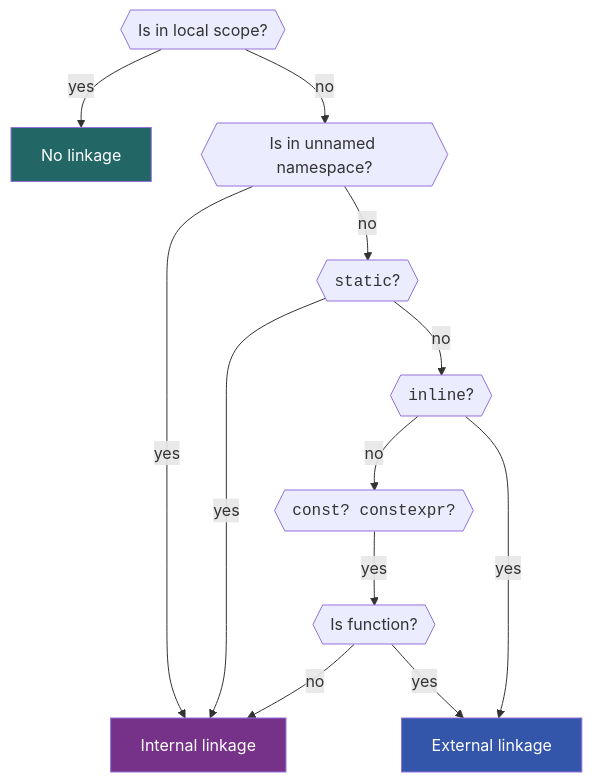
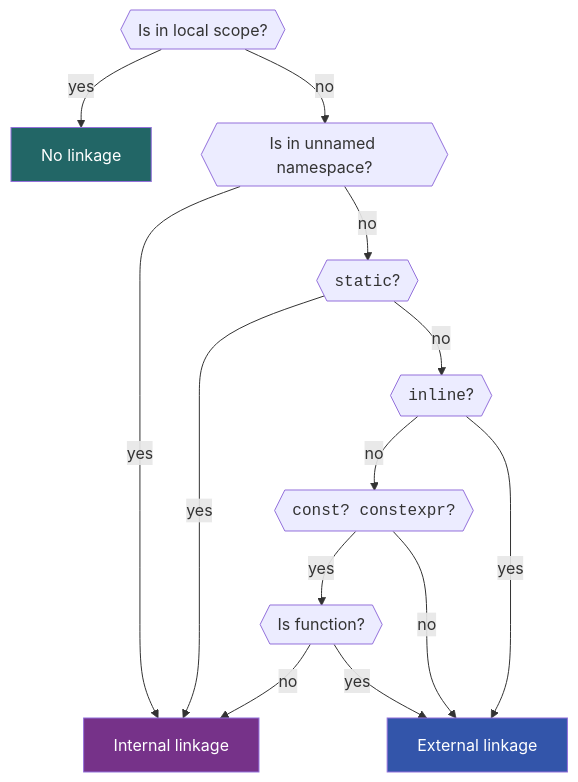
Before and after one commit to cpp-for-yourself/lectures-and-homeworks: the diagram in lectures/static_outside_classes.md, drawn with Mermaid. The commit also changed other lines of this file, not shown here.

````diff
--- a/lectures/static_outside_classes.md
+++ b/lectures/static_outside_classes.md
@@ -288,18 +287,19 @@
 ```mermaid
 graph TB;
   Local -->|yes| No[No linkage]
   Local{{Is in local scope?}} -->|no| Unnamed
   Unnamed{{Is in unnamed namespace?}} -->|yes| Internal
   Unnamed -->|no| Static
   Static{{<code>static</code>?}} -->|yes| Internal[Internal linkage]
   Static -->|no| Inline{{<code>inline</code>?}}
   Inline -->|no| Const{{<code>const? constexpr?</code>}}
   Inline -->|yes| External[External linkage]
   Const -->|yes| Func{{Is function?}}
+  Const -->|no| External
   Func -->|no| Internal
   Func -->|yes| External
 
   style No fill:#226666,color:white;
   style Internal fill:#763289,color:white;
   style External fill:#3355AA,color:white;
 ```
````
